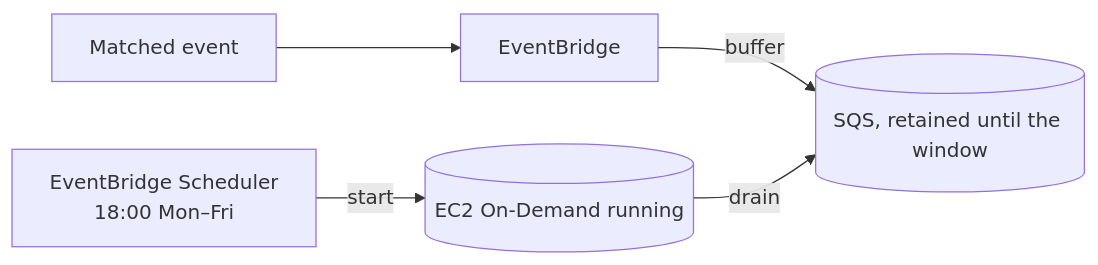
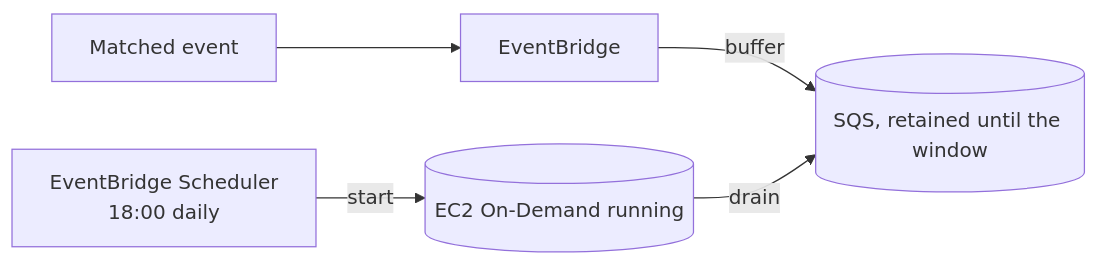
The first of 2 diagrams in docs/cost-optimization.md (teddynted/ai-github-repository-blog-generator), drawn with Mermaid before and after one commit. The commit also changed other lines of this file and 21 other files, not shown here.

````diff
--- a/docs/cost-optimization.md
+++ b/docs/cost-optimization.md
@@ -36,7 +36,7 @@
 ```mermaid
 flowchart LR
     WH[Matched event] --> EB[EventBridge]
     EB -->|buffer| SQS[(SQS, retained until the window)]
-    SCH[EventBridge Scheduler<br/>18:00 Mon–Fri] -->|start| EC2[(EC2 On-Demand running)]
+    SCH[EventBridge Scheduler<br/>18:00 daily] -->|start| EC2[(EC2 On-Demand running)]
     EC2 -->|drain| SQS
 ```
````
